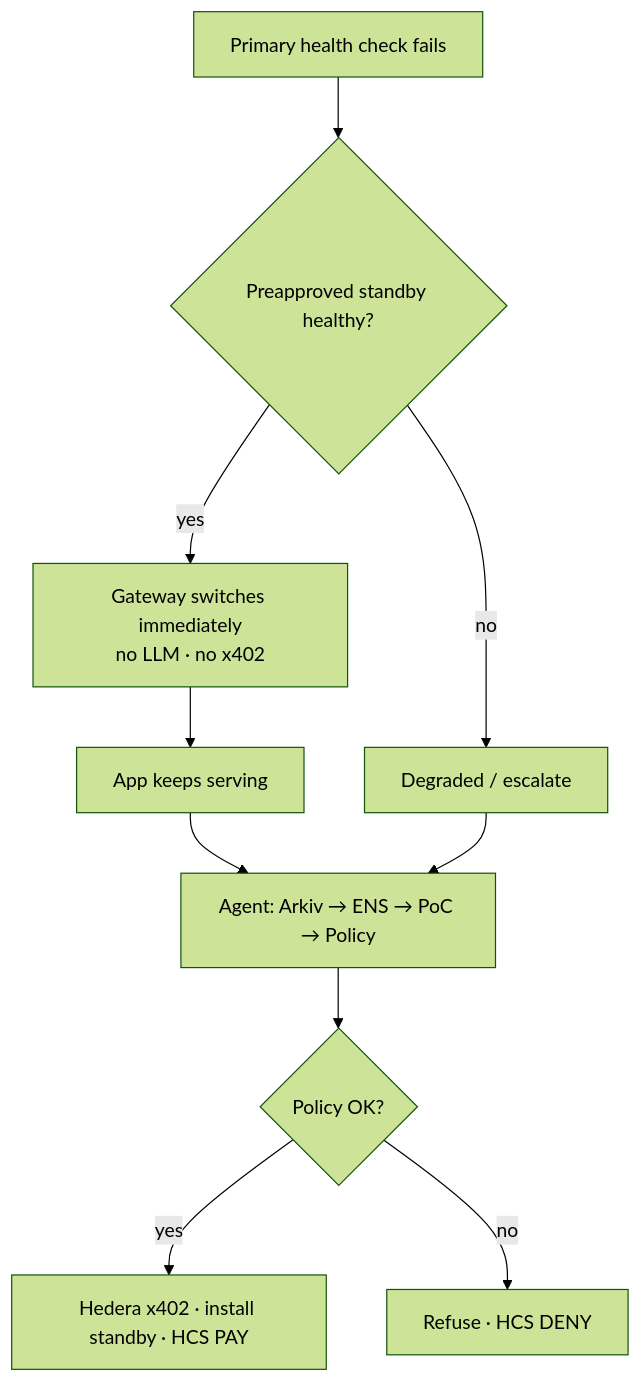
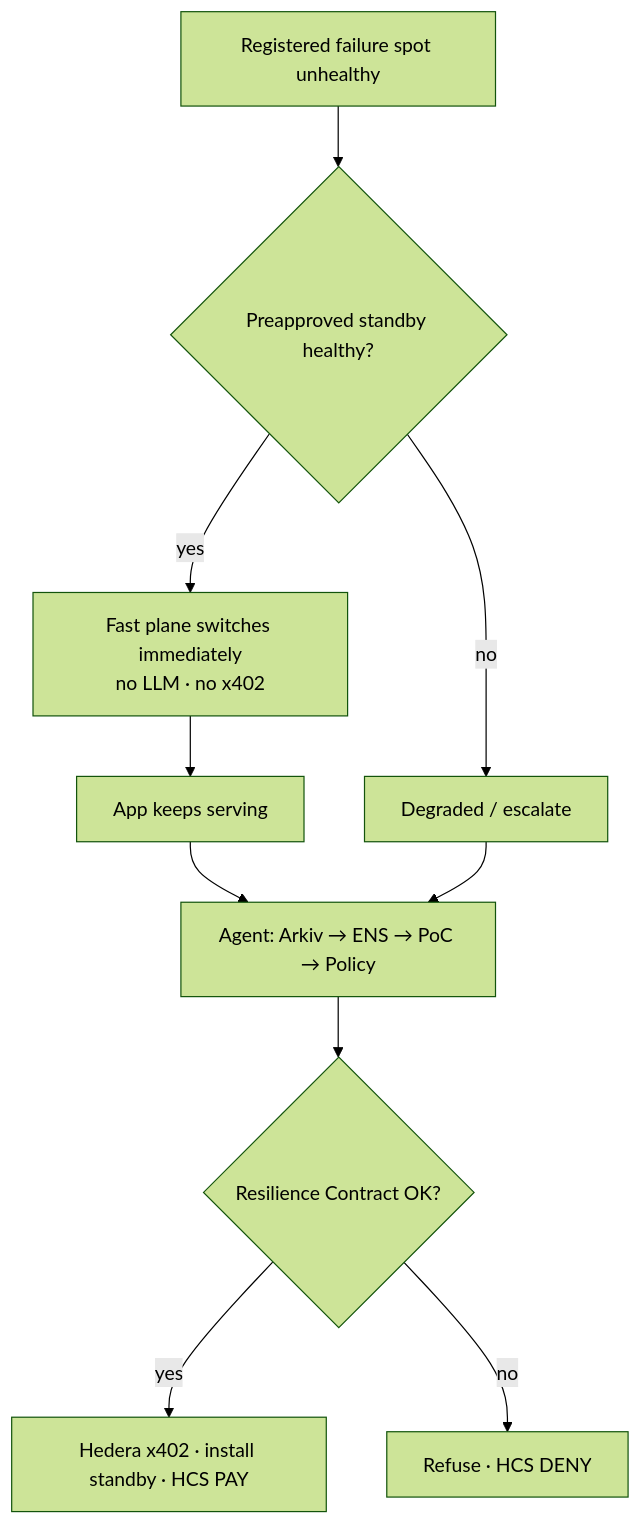
One commit to Shadow-Ash/NeverDown changed the diagram in README.md. Above: the diagram before and after it, drawn with Mermaid (forest theme). The commit also changed other lines of this file and 2 other files, not shown here.

Commit message:
docs: frame NeverDown as general resilience, RPC as demo vertical

````diff
--- a/README.md
+++ b/README.md
@@ -56,12 +59,12 @@
 ```mermaid
 flowchart TD
-  Fail["Primary health check fails"] --> Fast{"Preapproved standby healthy?"}
-  Fast -->|yes| Switch["Gateway switches immediately\nno LLM · no x402"]
+  Fail["Registered failure spot unhealthy"] --> Fast{"Preapproved standby healthy?"}
+  Fast -->|yes| Switch["Fast plane switches immediately\nno LLM · no x402"]
   Switch --> Serve["App keeps serving"]
   Fast -->|no| Alert["Degraded / escalate"]
   Serve --> Procure["Agent: Arkiv → ENS → PoC → Policy"]
   Alert --> Procure
-  Procure --> Gate{"Policy OK?"}
+  Procure --> Gate{"Resilience Contract OK?"}
   Gate -->|yes| Pay["Hedera x402 · install standby · HCS PAY"]
   Gate -->|no| Deny["Refuse · HCS DENY"]
 ```
````
